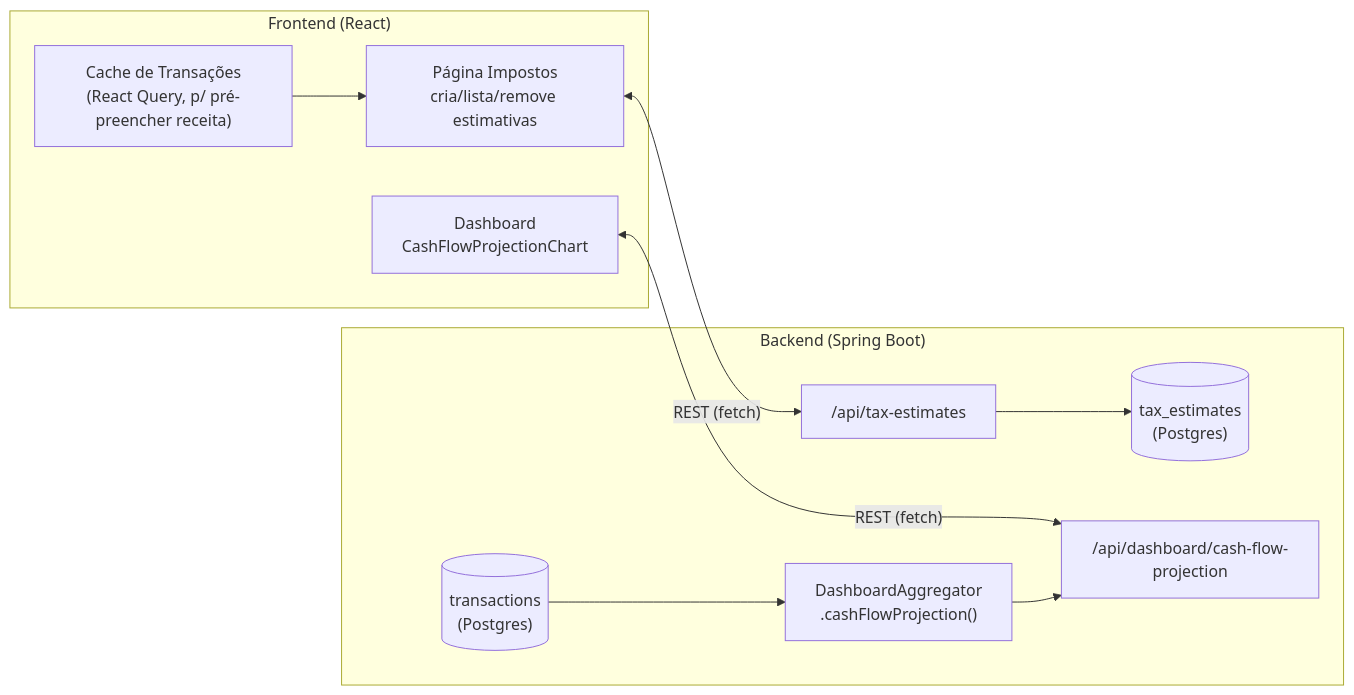
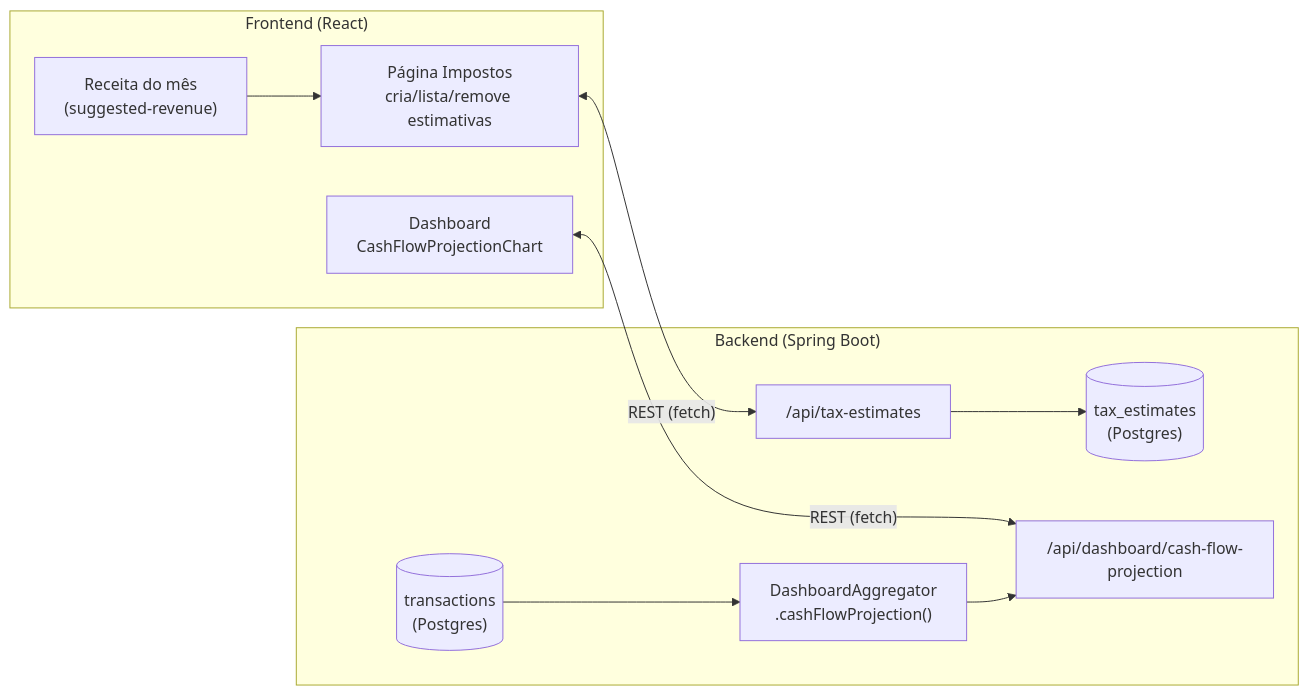
The first of 5 diagrams in docs/tecnica/fluxo-imposto-fluxo-caixa.md (leozztto/LmfFinPro), drawn with Mermaid before and after one commit. The commit also changed other lines of this file and 55 other files, not shown here.

````diff
--- a/docs/tecnica/fluxo-imposto-fluxo-caixa.md
+++ b/docs/tecnica/fluxo-imposto-fluxo-caixa.md
@@ -14,23 +14,23 @@
 ```mermaid
 flowchart LR
     subgraph Backend["Backend (Spring Boot)"]
         TE[("tax_estimates\n(Postgres)")]
         TX[("transactions\n(Postgres)")]
         API["/api/tax-estimates"]
         DashAPI["/api/dashboard/cash-flow-projection"]
         Aggregator["DashboardAggregator\n.cashFlowProjection()"]
         API --> TE
         TX --> Aggregator
         Aggregator --> DashAPI
     end
 
     subgraph Frontend["Frontend (React)"]
         Impostos["Página Impostos\ncria/lista/remove estimativas"]
         Dashboard["Dashboard\nCashFlowProjectionChart"]
-        TxCache["Cache de Transações\n(React Query, p/ pré-preencher receita)"]
+        TxCache["Receita do mês\n(suggested-revenue)"]
     end
 
     Impostos <-- "REST (fetch)" --> API
     Dashboard <-- "REST (fetch)" --> DashAPI
     TxCache --> Impostos
 ```
````
